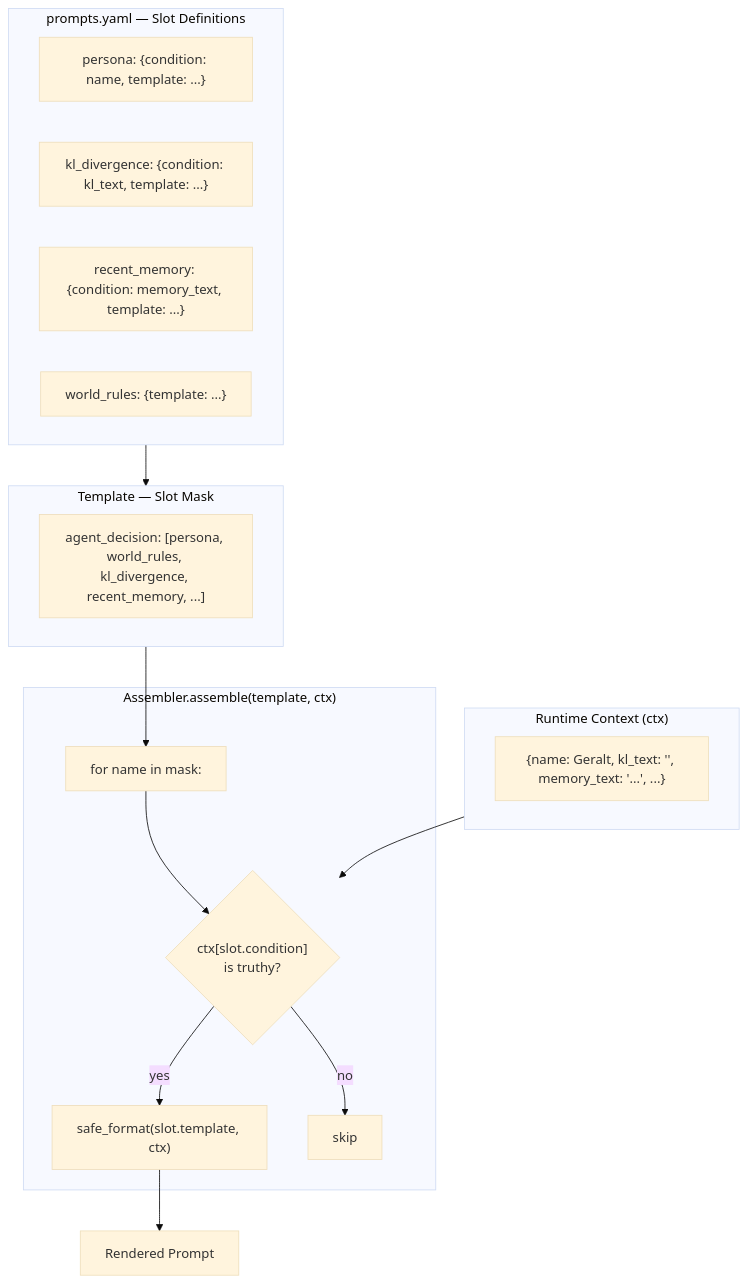
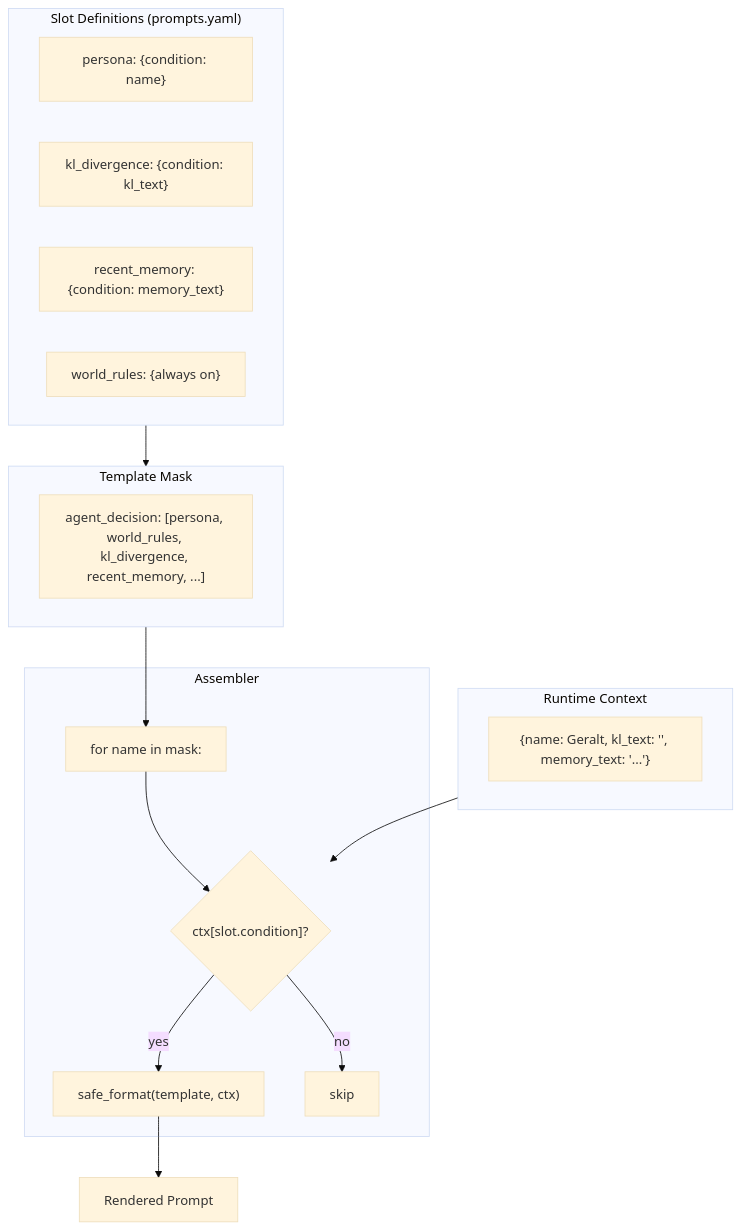
One commit to flaverse/AgentWorld_Async_UI changed the fifth of 6 diagrams in README.md. Above: the diagram before and after it, drawn with Mermaid (base theme). The commit also changed other lines of this file, not shown here.

````diff
--- a/README.md
+++ b/README.md
@@ -189,32 +230,32 @@
 ```mermaid
 flowchart TB
-    subgraph Definition["prompts.yaml — Slot Definitions"]
-        s1["persona: {condition: name, template: ...}"]
-        s2["kl_divergence: {condition: kl_text, template: ...}"]
-        s3["recent_memory: {condition: memory_text, template: ...}"]
-        s4["world_rules: {template: ...}"]
+    subgraph Definition["Slot Definitions (prompts.yaml)"]
+        s1["persona: {condition: name}"]
+        s2["kl_divergence: {condition: kl_text}"]
+        s3["recent_memory: {condition: memory_text}"]
+        s4["world_rules: {always on}"]
     end
 
-    subgraph Template["Template — Slot Mask"]
+    subgraph Template["Template Mask"]
         mask["agent_decision: [persona, world_rules, kl_divergence, recent_memory, ...]"]
     end
 
-    subgraph Context["Runtime Context (ctx)"]
-        ctx_keys["{name: Geralt, kl_text: '', memory_text: '...', ...}"]
+    subgraph Context["Runtime Context"]
+        ctx["{name: Geralt, kl_text: '', memory_text: '...'}"]
     end
 
-    subgraph Assemble["Assembler.assemble(template, ctx)"]
+    subgraph Assemble["Assembler"]
         loop["for name in mask:"]
-        check{"ctx[slot.condition]<br/>is truthy?"}
-        render["safe_format(slot.template, ctx)"]
+        check{"ctx[slot.condition]?"}
+        render["safe_format(template, ctx)"]
         skip["skip"]
     end
 
     Definition --> Template
     Template --> loop
     Context --> check
     loop --> check
     check -->|yes| render
     check -->|no| skip
     render --> prompt["Rendered Prompt"]
 ```
````
